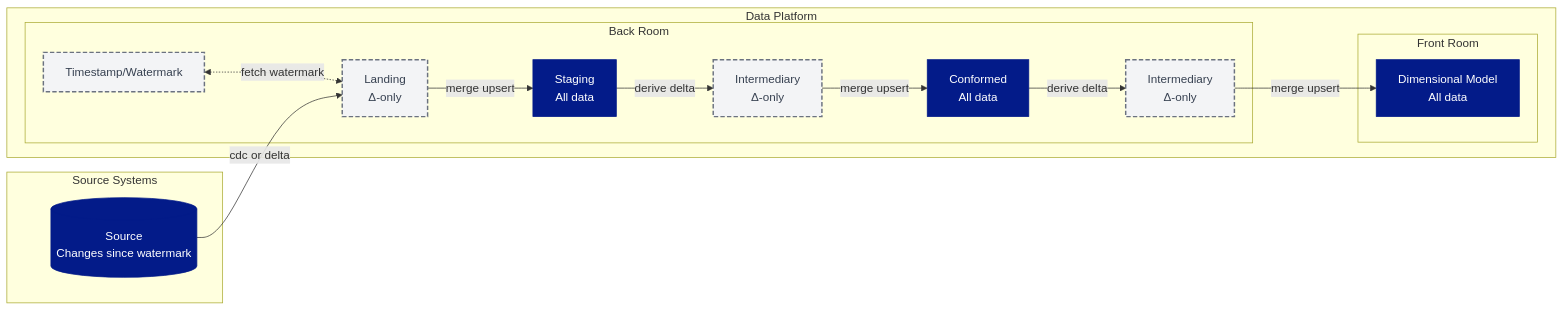
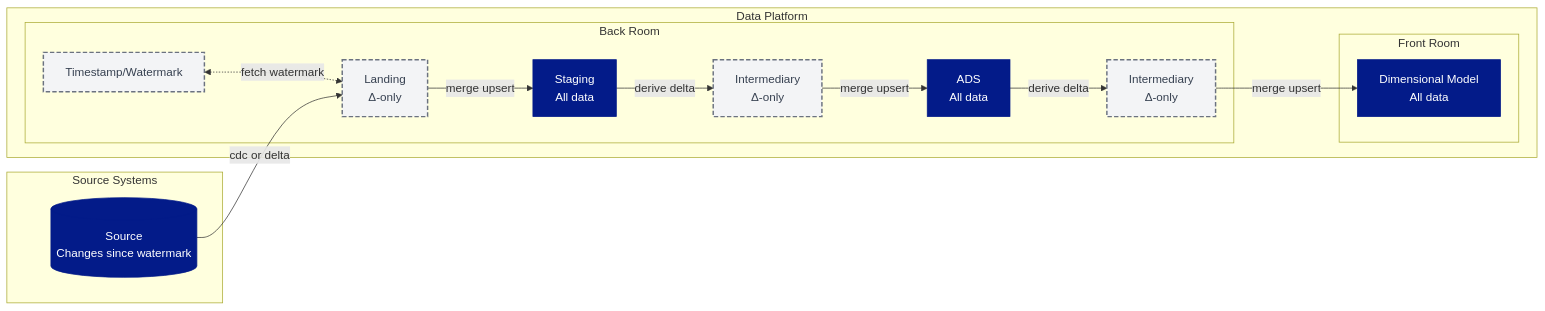
The second of 2 diagrams in Technical Guideline Ops/Architectural Principles/Data Sources & Data Loading.md (PlainsightPro/Vision-Playbook), drawn with Mermaid before and after one commit. The commit also changed other lines of this file and 9 other files, not shown here.

Commit message:
Fix all references from 'Conformed' to 'ADS'

````diff
--- a/Technical Guideline Ops/Architectural Principles/Data Sources & Data Loading.md
+++ b/Technical Guideline Ops/Architectural Principles/Data Sources & Data Loading.md
@@ -82,40 +82,40 @@
 ```mermaid
 ---
 config:
   theme: forest
   layout: elk
 ---
 %%{init: { "flowchart": { "useMaxWidth": true } }}%%
 graph LR
   subgraph Source Systems
     S[(Source<br/>Changes since watermark)]:::all
   end
 
   subgraph Data Platform
     subgraph Back Room
       L[Landing<br/>Δ-only]:::delta
       W[Timestamp/Watermark]:::delta
       B[Staging<br/>All data]:::all
       M1[Intermediary<br/>Δ-only]:::delta
-      CONF[Conformed<br/>All data]:::all
+      CONF[ADS<br/>All data]:::all
       M2[Intermediary<br/>Δ-only]:::delta
     end
     subgraph Front Room
       D[Dimensional Model<br/>All data]:::all
     end
   end
 
 %% Flows
 W <-.->|fetch watermark| L
 S -->|cdc or delta| L
 L -->|merge upsert| B
 B -->|derive delta| M1
 M1 -->|merge upsert| CONF
 CONF -->|derive delta| M2
 M2 -->|merge upsert| D
 
 
 %% Styles
 classDef delta fill:#F3F4F6,stroke:#6B7280,stroke-width:2px,stroke-dasharray:6 3,color:#374151;
 classDef all fill:#031B89,stroke:#031B89,stroke-width:1px,color:#FFFFFF;
 ```
````
